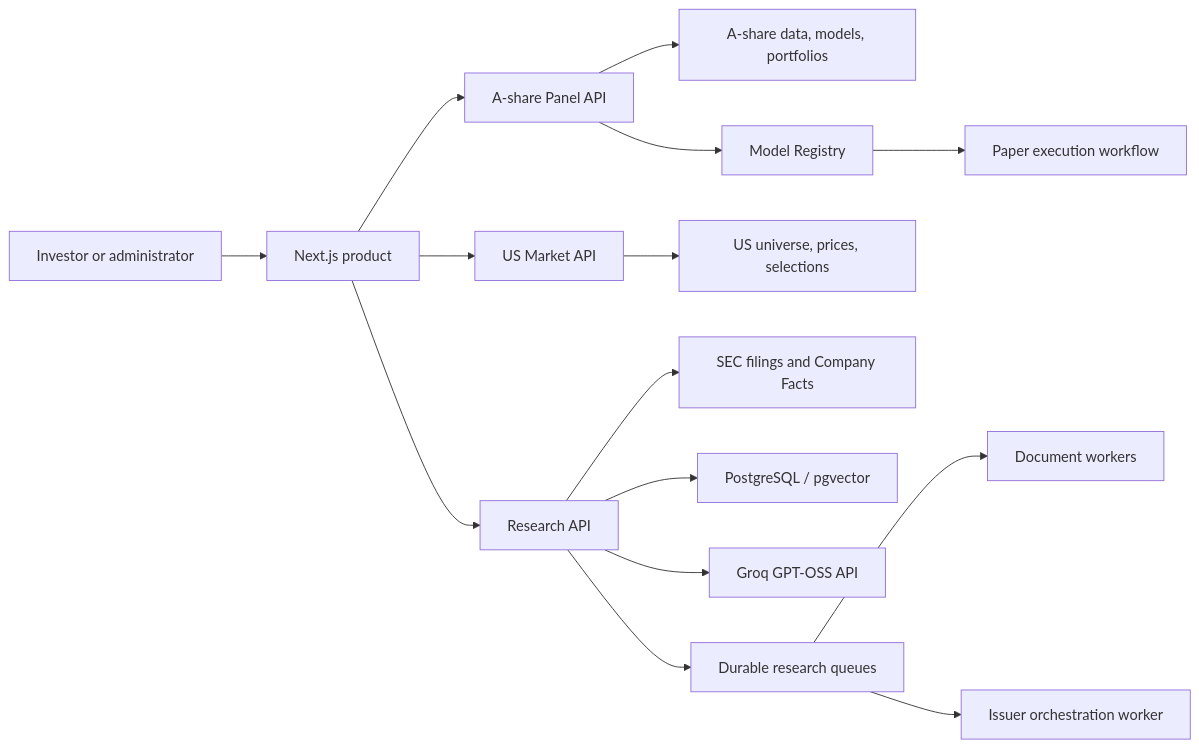
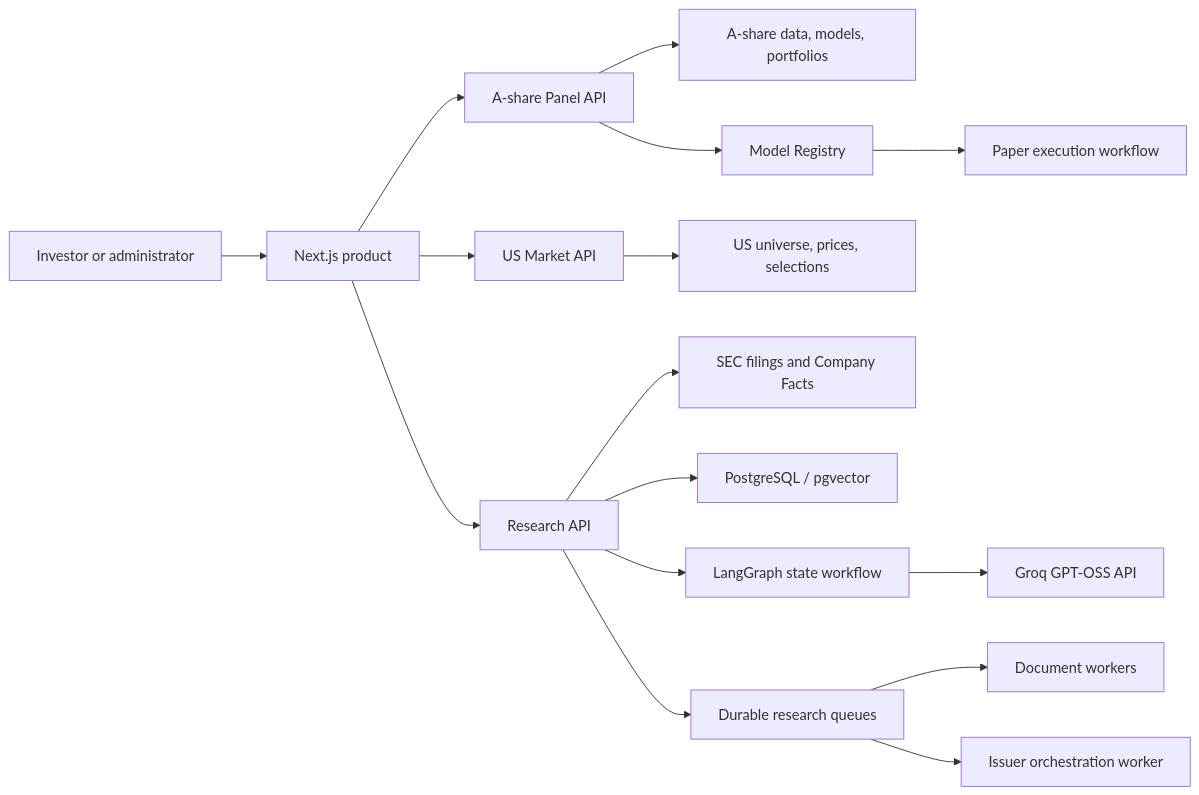
The first of 3 diagrams in docs/SYSTEM_DESIGN_SPEC.md (thisiscatcode/aistockcn), drawn with Mermaid before and after one commit. The commit also changed other lines of this file and 17 other files, not shown here.

````diff
--- a/docs/SYSTEM_DESIGN_SPEC.md
+++ b/docs/SYSTEM_DESIGN_SPEC.md
@@ -20,21 +20,22 @@
 ```mermaid
 flowchart LR
     U["Investor or administrator"] --> W["Next.js product"]
 
     W --> A["A-share Panel API"]
     W --> M["US Market API"]
     W --> R["Research API"]
 
     A --> CN["A-share data, models, portfolios"]
     M --> US["US universe, prices, selections"]
     R --> SEC["SEC filings and Company Facts"]
     R --> PG["PostgreSQL / pgvector"]
-    R --> L["Groq GPT-OSS API"]
+    R --> LG["LangGraph state workflow"]
+    LG --> L["Groq GPT-OSS API"]
 
     R --> Q["Durable research queues"]
     Q --> DW["Document workers"]
     Q --> CW["Issuer orchestration worker"]
 
     A --> MR["Model Registry"]
     MR --> PT["Paper execution workflow"]
 ```
````
